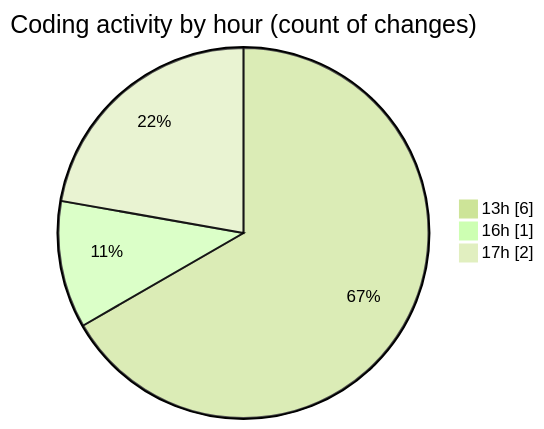
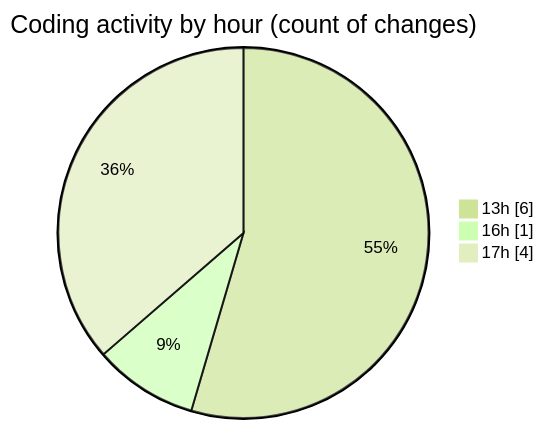
The second of 2 diagrams in 2025-08-03/fish/README.md (EIIisD/code-tracking), drawn with Mermaid (forest theme) before and after one commit. The commit also changed other lines of this file and 1 other file, not shown here.

````diff
--- a/2025-08-03/fish/README.md
+++ b/2025-08-03/fish/README.md
@@ -30,7 +30,7 @@
 ```mermaid
 pie showData
 title Coding activity by hour (count of changes)
 "13h" : 6
 "16h" : 1
-"17h" : 2
+"17h" : 4
 ```
````
